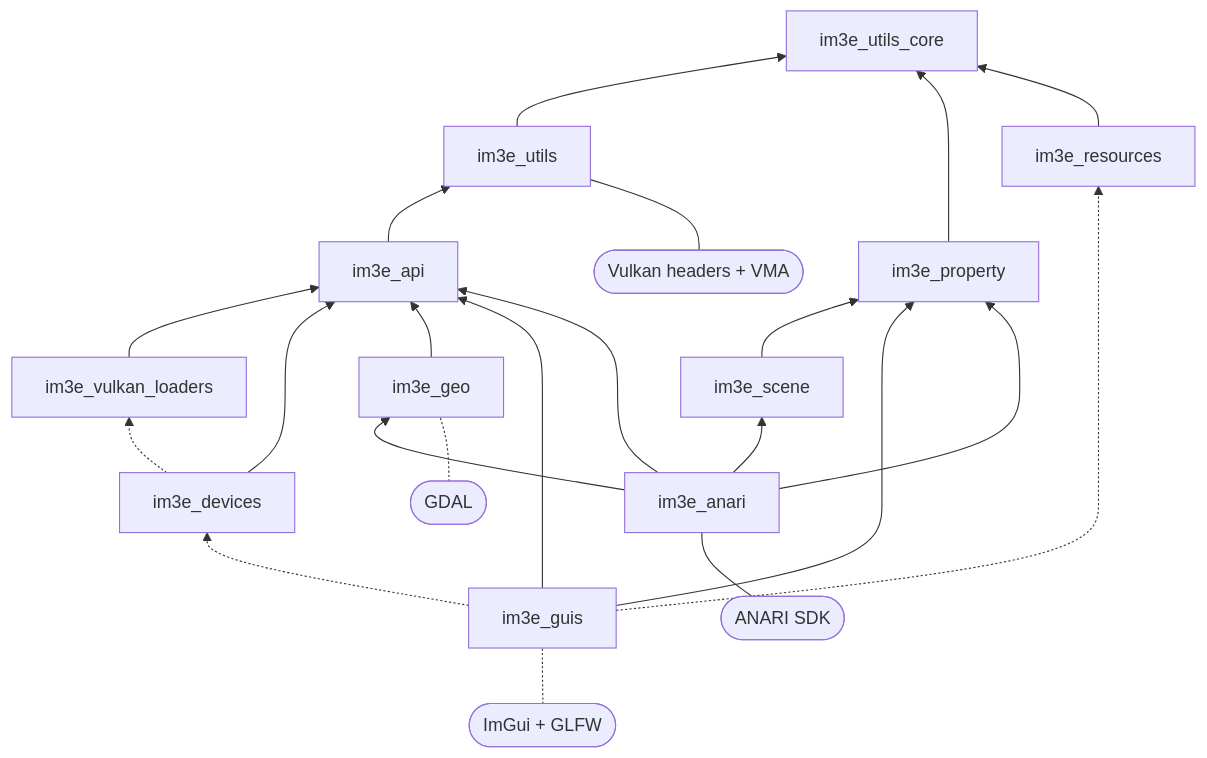
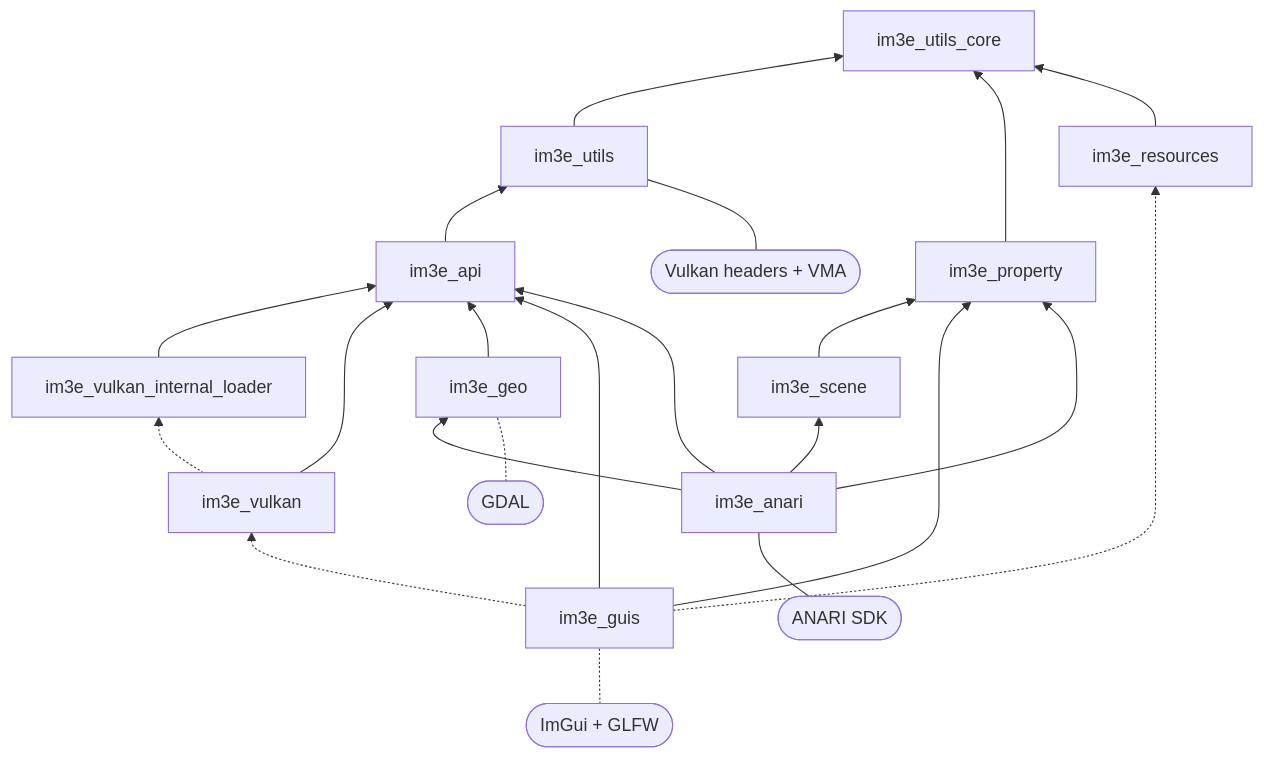
The first of 2 diagrams in docs/architecture/index.md (lmt-dev-inc/icymoon), drawn with Mermaid before and after one commit. The commit also changed other lines of this file and 50 other files, not shown here.

Commit message:
#105: moved im3e_devices to im3e_vulkan

````diff
--- a/docs/architecture/index.md
+++ b/docs/architecture/index.md
@@ -73,37 +73,37 @@
 ```mermaid
 flowchart BT
     core[im3e_utils_core]
     props[im3e_property]
     utils[im3e_utils]
     api[im3e_api]
-    loaders[im3e_vulkan_loaders]
-    devices[im3e_devices]
+    loader[im3e_vulkan_internal_loader]
+    vulkan[im3e_vulkan]
     geo[im3e_geo]
     scene[im3e_scene]
     resources[im3e_resources]
     guis[im3e_guis]
     anari[im3e_anari]
 
     utils --> core
     props --> core
     resources --> core
     api --> utils
-    loaders --> api
-    devices --> api
-    devices -.-> loaders
+    loader --> api
+    vulkan --> api
+    vulkan -.-> loader
     geo --> api
     scene --> props
     guis --> api
     guis --> props
-    guis -.-> devices
+    guis -.-> vulkan
     guis -.-> resources
     anari --> api
     anari --> geo
     anari --> props
     anari --> scene
 
     gdal([GDAL]) -.- geo
     anarisdk([ANARI SDK]) --- anari
     imgui([ImGui + GLFW]) -.- guis
     vk([Vulkan headers + VMA]) --- utils
 ```
````
